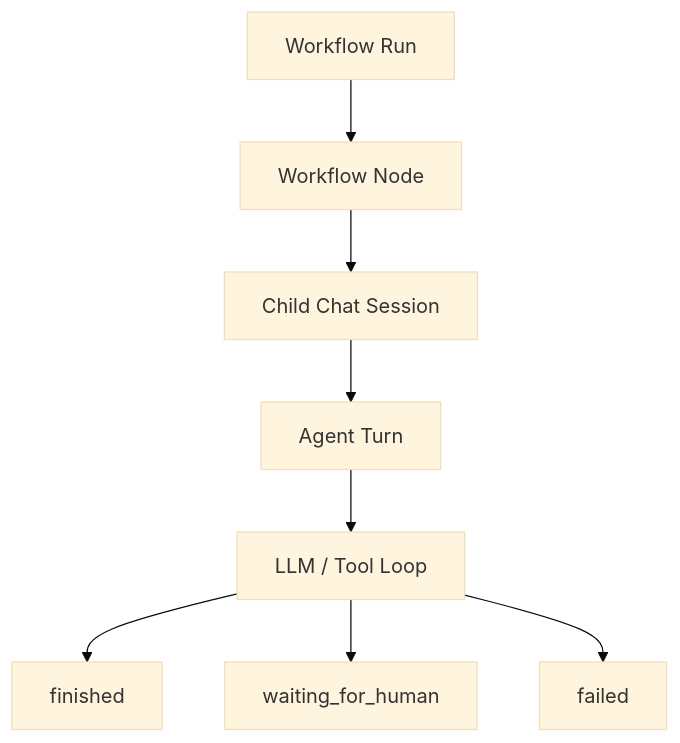
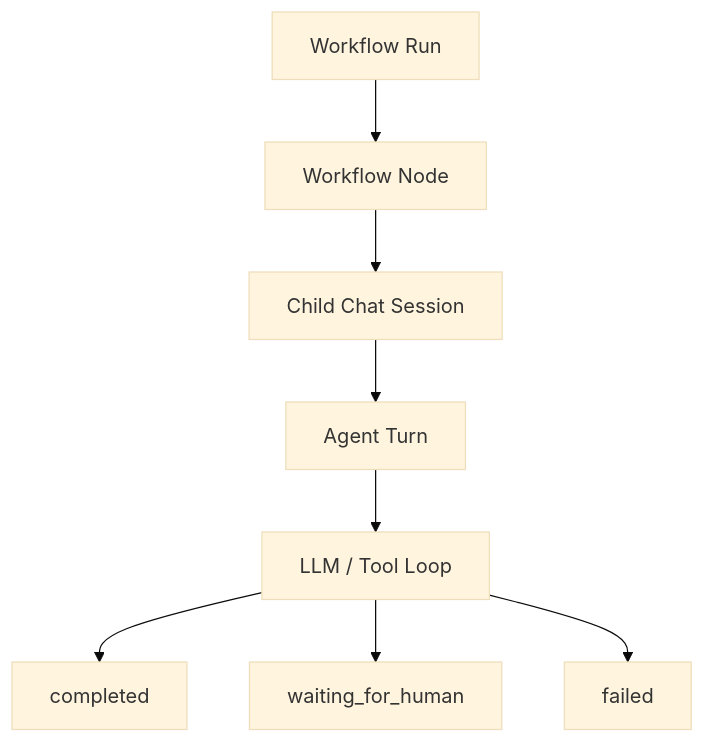
Before and after one commit to Radomiej/kalio-forever: the third of 4 diagrams in project-spec.md, drawn with Mermaid (base theme). The commit also changed other lines of this file and 125 other files, not shown here.

First line of the commit message:
feat: add ContextAssemblyService tests for agent flow model contract

````diff
--- a/project-spec.md
+++ b/project-spec.md
@@ -31,10 +61,10 @@
 ```mermaid
 flowchart TD
   Workflow["Workflow Run"] --> Node["Workflow Node"]
   Node --> ChildChat["Child Chat Session"]
   ChildChat --> Turn["Agent Turn"]
   Turn --> LLM["LLM / Tool Loop"]
-  LLM --> Done["finished"]
+  LLM --> Done["completed"]
   LLM --> HITL["waiting_for_human"]
   LLM --> Failed["failed"]
 ```
````
